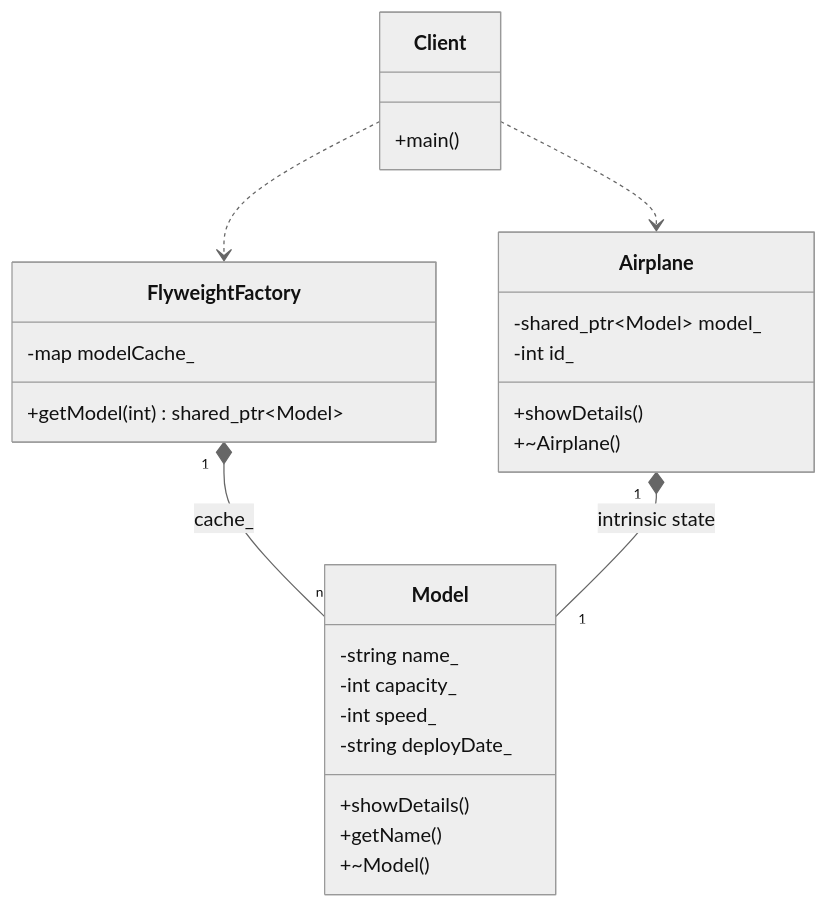
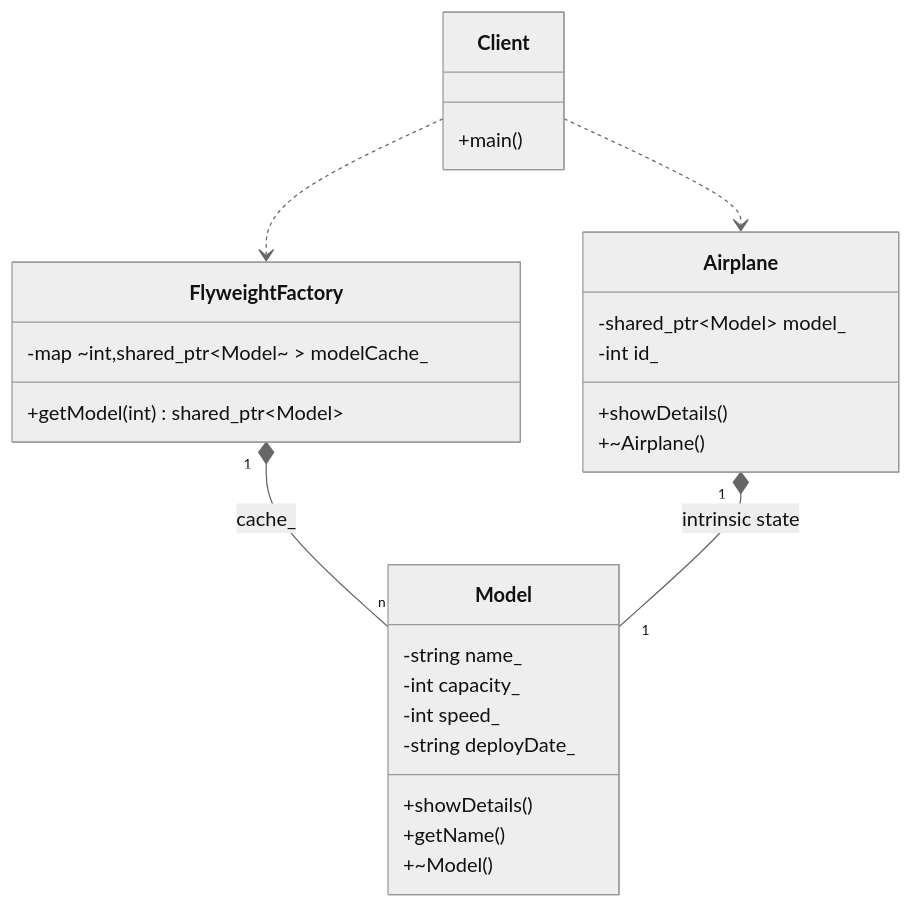
The diagram in 13_Flyweight/README.md (Cichlidfishexigency721/Modern-CPP-Design-Patterns), drawn with Mermaid (neutral theme) before and after one commit. The commit also changed 1 other file, not shown here.

Commit message:
UML improvement

````diff
--- a/13_Flyweight/README.md
+++ b/13_Flyweight/README.md
@@ -45,38 +45,38 @@
 ```mermaid
 classDiagram
    class Model {
       -string name_
       -int capacity_
       -int speed_
       -string deployDate_
       +showDetails()
       +getName()
       +~Model()
    }
 
    class FlyweightFactory {
-      -map <int,shared_ptr~Model~> modelCache_
+      -map ~int,shared_ptr~Model~ ~ modelCache_
       +getModel(int) shared_ptr~Model~
    }
 
    class Airplane {
       -shared_ptr~Model~ model_
       -int id_
       +showDetails()
       +~Airplane()
    }
 
    class Client {
       +main()
    }
 
    %% The Factory owns and manages the pool of shared models
    FlyweightFactory "1" *-- "n" Model : cache_
 
    %% Many Airplanes share the same single Model instance
    Airplane "1" *-- "1" Model : intrinsic state
 
    %% Client interacts with the factory to get models and creates airplanes
    Client ..> FlyweightFactory
    Client ..> Airplane
 ```
````
